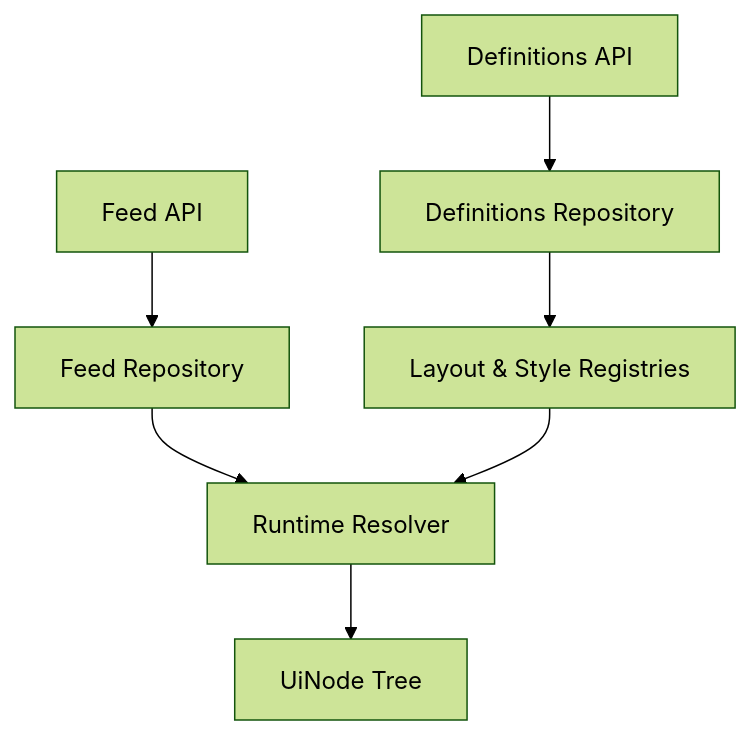
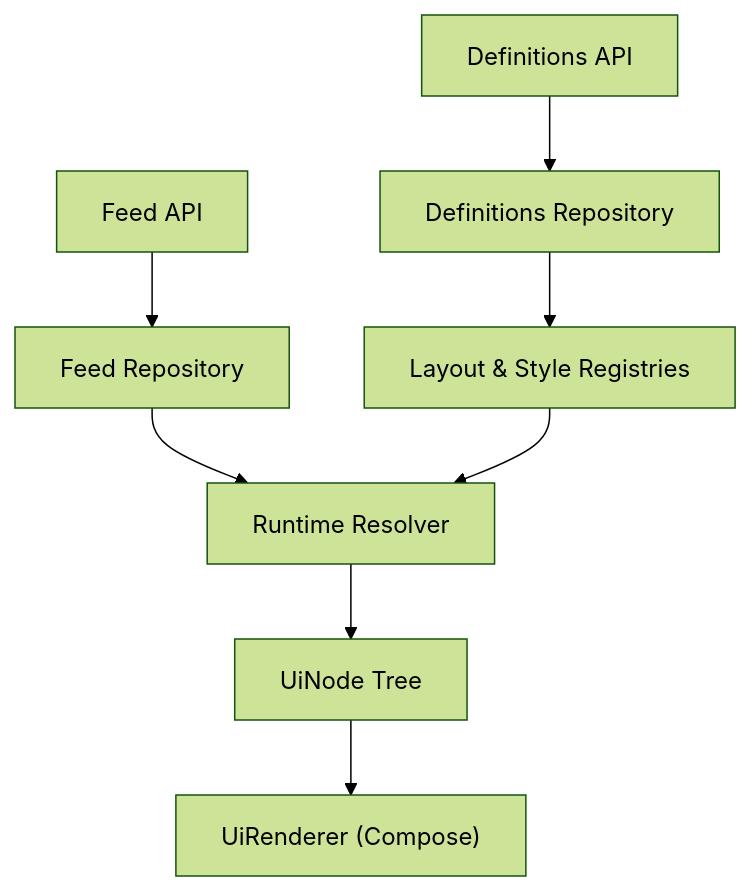
The second of 2 diagrams in docs/architecture.md (AnantSingh08/DynamicUiRenderer), drawn with Mermaid (forest theme) before and after one commit. The commit also changed other lines of this file and 9 other files, not shown here.

````diff
--- a/docs/architecture.md
+++ b/docs/architecture.md
@@ -70,9 +76,10 @@
 ```mermaid
 graph TD
     A["Definitions API"] --> B["Definitions Repository"]
     B --> C["Layout & Style Registries"]
     D["Feed API"] --> E["Feed Repository"]
     E --> F["Runtime Resolver"]
     C --> F
     F --> G["UiNode Tree"]
+    G --> H["UiRenderer (Compose)"]
 ```
````
